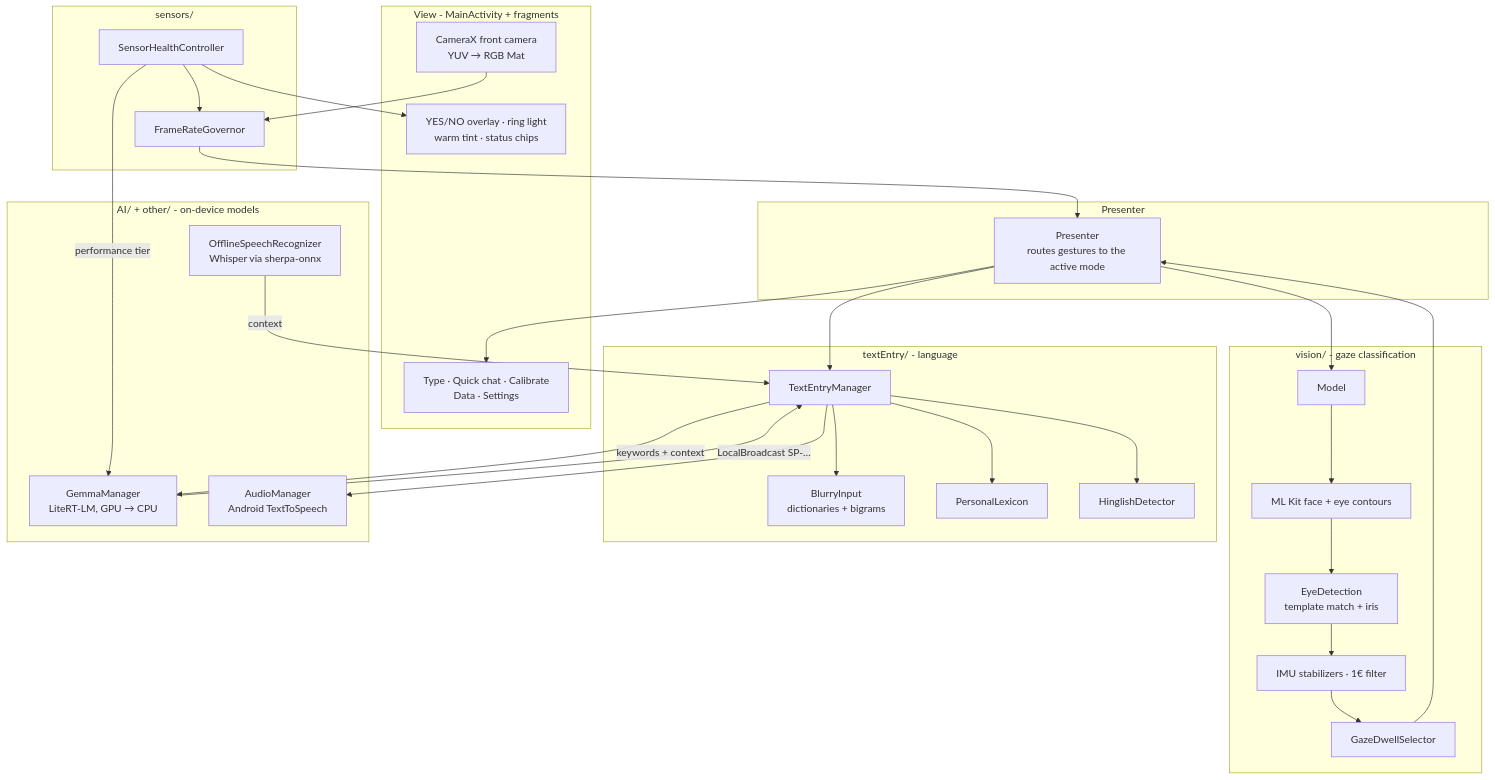
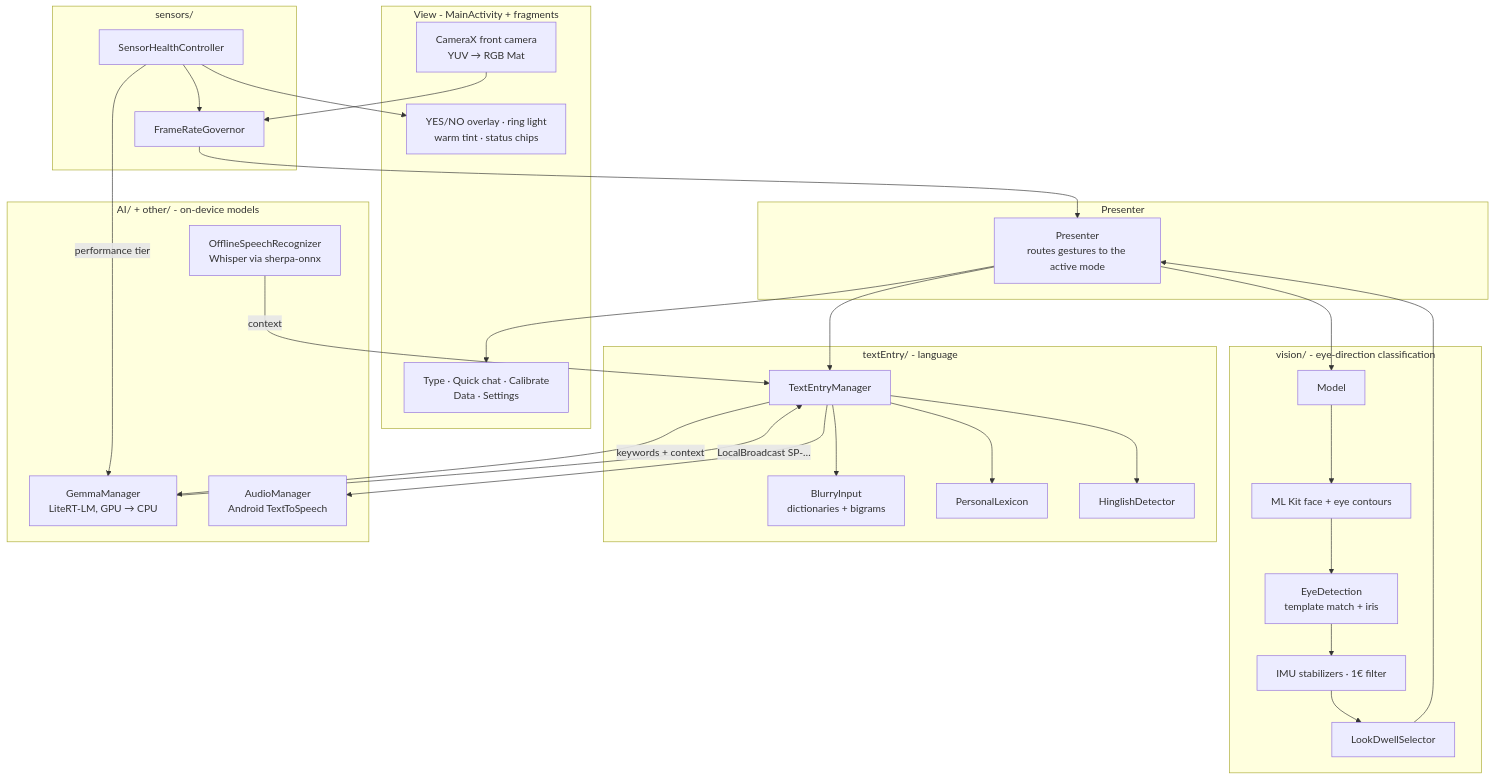
The second of 3 diagrams in README.md (mridulbansal4/Vakyam_2), drawn with Mermaid before and after one commit. The commit also changed other lines of this file and 70 other files, not shown here.

````diff
--- a/README.md
+++ b/README.md
@@ -244,52 +244,52 @@
 ```mermaid
 flowchart TB
     subgraph VIEW["View - MainActivity + fragments"]
         CAM["CameraX front camera<br/>YUV → RGB Mat"]
         UI["Type · Quick chat · Calibrate<br/>Data · Settings"]
         OVR["YES/NO overlay · ring light<br/>warm tint · status chips"]
     end
 
     subgraph PRES["Presenter"]
         P["Presenter<br/>routes gestures to the active mode"]
     end
 
-    subgraph VISION["vision/ - gaze classification"]
+    subgraph VISION["vision/ - eye-direction classification"]
         MODEL["Model"]
         FACE["ML Kit face + eye contours"]
         EYE["EyeDetection<br/>template match + iris"]
         STAB["IMU stabilizers · 1€ filter"]
-        DWELL["GazeDwellSelector"]
+        DWELL["LookDwellSelector"]
     end
 
     subgraph TEXT["textEntry/ - language"]
         TEM["TextEntryManager"]
         BLUR["BlurryInput<br/>dictionaries + bigrams"]
         LEX["PersonalLexicon"]
         HING["HinglishDetector"]
     end
 
     subgraph AI["AI/ + other/ - on-device models"]
         GEMMA["GemmaManager<br/>LiteRT-LM, GPU → CPU"]
         ASR["OfflineSpeechRecognizer<br/>Whisper via sherpa-onnx"]
         TTS["AudioManager<br/>Android TextToSpeech"]
     end
 
     subgraph SENS["sensors/"]
         SHC["SensorHealthController"]
         GOV["FrameRateGovernor"]
     end
 
     CAM --> GOV --> P
     P --> MODEL --> FACE --> EYE --> STAB --> DWELL --> P
     P --> TEM --> BLUR
     TEM --> LEX
     TEM --> HING
     TEM -- "keywords + context" --> GEMMA
     GEMMA -- "LocalBroadcast SP-…" --> TEM
     ASR -- "context" --> TEM
     TEM --> TTS
     P --> UI
     SHC --> GOV
     SHC -- "performance tier" --> GEMMA
     SHC --> OVR
 ```
````
